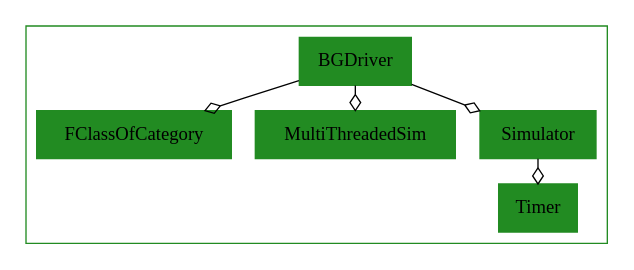
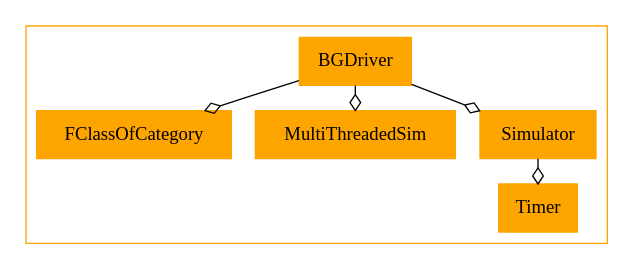
The diagram in Tools/DiagramGenerator/ExampleOutputs/dot_subsystems/subsystemA.dot (UWB-Biocomputing/BrainGrid), drawn with Graphviz before and after one commit. The commit also changed 9 other files, not shown here.

```diff
--- a/Tools/DiagramGenerator/ExampleOutputs/dot_subsystems/subsystemA.dot
+++ b/Tools/DiagramGenerator/ExampleOutputs/dot_subsystems/subsystemA.dot
@@ -1,35 +1,35 @@
 digraph{
 
 	subgraph clusterA {
-		node [shape = record];
+		color = orange
+		node [shape = record, color = orange];
 
-		color = forestgreen
-		BGDriver[label = BGDriver, style = filled, color = forestgreen];
-		FClassOfCategory[label = FClassOfCategory, style = filled, color = forestgreen];
-		MultiThreadedSim[label = MultiThreadedSim, style = filled, color = forestgreen];
-		Simulator[label = Simulator, style = filled, color = forestgreen];
-		Timer[label = Timer, style = filled, color = forestgreen];
+		BGDriver[label = BGDriver, style = filled];
+		FClassOfCategory[label = FClassOfCategory, style = filled];
+		MultiThreadedSim[label = MultiThreadedSim, style = filled];
+		Simulator[label = Simulator, style = filled];
+		Timer[label = Timer, style = filled];
 
 
 		//------LAYOUT FOR SUBGRAPH------
 
 
 		rankdir = BT; // Rank Direction Bottom to Top
 		nodesep = 0.98; // Node Separation
 		ranksep = 0.98; // Rank Separation
 
 
 		//INHERITANCE//
 
 
 
 		//COMPOSITION//
 
 
 		BGDriver -> FClassOfCategory [arrowhead=ediamond];
 		BGDriver -> MultiThreadedSim [arrowhead=ediamond];
 		BGDriver -> Simulator [arrowhead=ediamond];
 
 		Simulator -> Timer [arrowhead=ediamond];
 	}//end subgraph A
 }//end digraph
```
